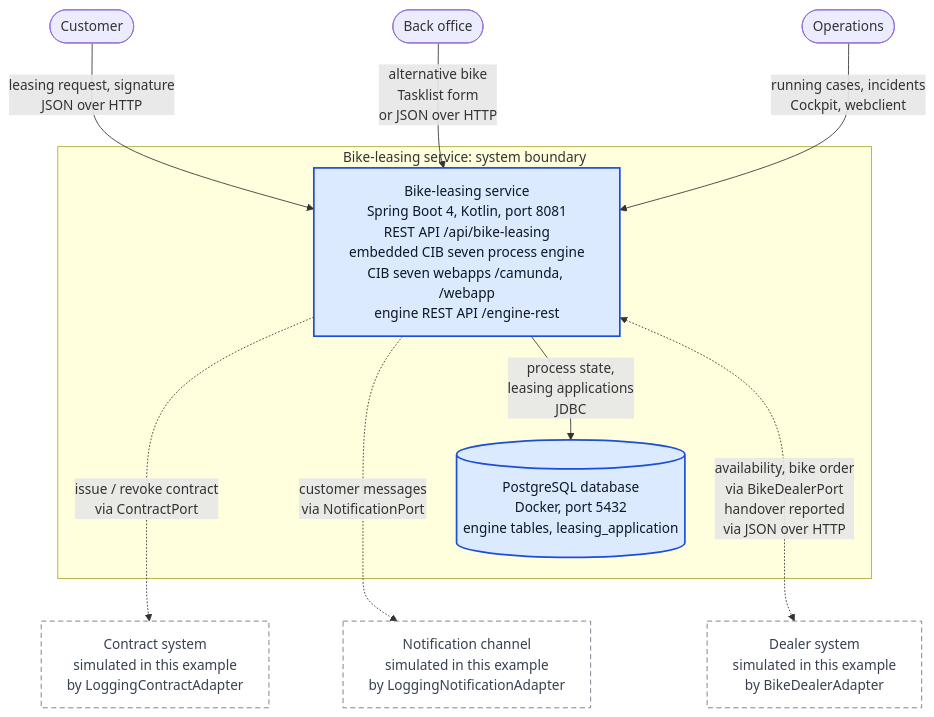
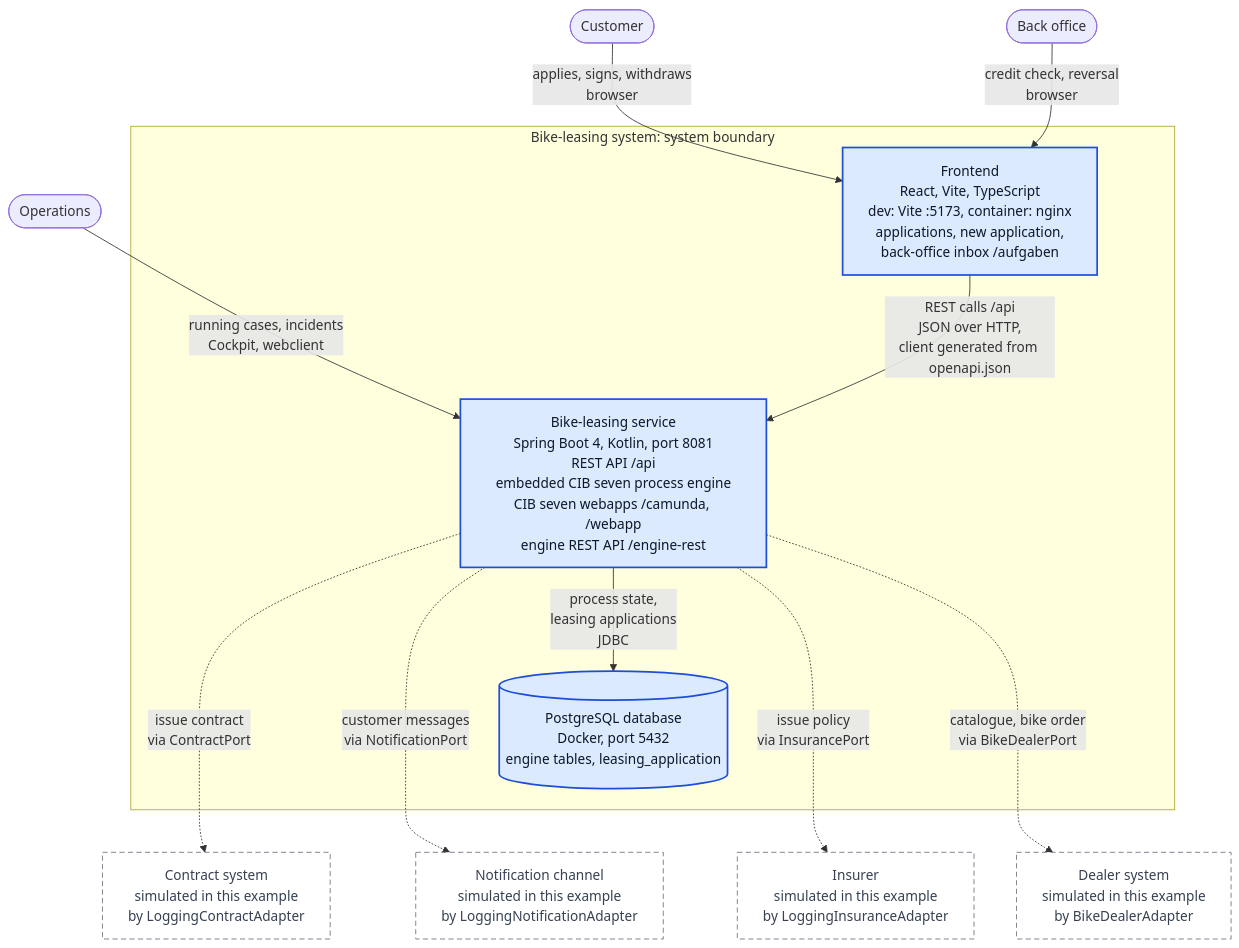
One commit to Miragon/miragon-ai-example changed the first of 2 diagrams in docs/architecture/c4-container.md. Above: the diagram before and after it, drawn with Mermaid. The commit also changed other lines of this file and 453 other files, not shown here.

Commit message:
feat!: rebuild the example on the simplified process with a frontend (#22)

````diff
--- a/docs/architecture/c4-container.md
+++ b/docs/architecture/c4-container.md
@@ -15,32 +22,37 @@
 ```mermaid
 %%{init: {"flowchart": {"wrappingWidth": 300}}}%%
 flowchart TB
   customer(["Customer"])
   backOffice(["Back office"])
   operations(["Operations"])
 
-  subgraph boundary["Bike-leasing service: system boundary"]
-    service["Bike-leasing service<br/>Spring Boot 4, Kotlin, port 8081<br/>REST API /api/bike-leasing<br/>embedded CIB seven process engine<br/>CIB seven webapps /camunda, /webapp<br/>engine REST API /engine-rest"]
+  subgraph boundary["Bike-leasing system: system boundary"]
+    frontend["Frontend<br/>React, Vite, TypeScript<br/>dev: Vite :5173, container: nginx<br/>applications, new application,<br/>back-office inbox /aufgaben"]
+    service["Bike-leasing service<br/>Spring Boot 4, Kotlin, port 8081<br/>REST API /api<br/>embedded CIB seven process engine<br/>CIB seven webapps /camunda, /webapp<br/>engine REST API /engine-rest"]
     database[("PostgreSQL database<br/>Docker, port 5432<br/>engine tables, leasing_application")]
   end
 
   contract["Contract system<br/>simulated in this example<br/>by LoggingContractAdapter"]
   notification["Notification channel<br/>simulated in this example<br/>by LoggingNotificationAdapter"]
+  insurer["Insurer<br/>simulated in this example<br/>by LoggingInsuranceAdapter"]
   dealer["Dealer system<br/>simulated in this example<br/>by BikeDealerAdapter"]
 
-  customer -->|"leasing request, signature<br/>JSON over HTTP"| service
-  backOffice -->|"alternative bike<br/>Tasklist form<br/>or JSON over HTTP"| service
+  customer -->|"applies, signs, withdraws<br/>browser"| frontend
+  backOffice -->|"credit check, reversal<br/>browser"| frontend
   operations -->|"running cases, incidents<br/>Cockpit, webclient"| service
+  frontend -->|"REST calls /api<br/>JSON over HTTP,<br/>client generated from openapi.json"| service
   service -->|"process state,<br/>leasing applications<br/>JDBC"| database
-  service -.->|"issue / revoke contract<br/>via ContractPort"| contract
+  service -.->|"issue contract<br/>via ContractPort"| contract
   service -.->|"customer messages<br/>via NotificationPort"| notification
-  service <-.->|"availability, bike order<br/>via BikeDealerPort<br/>handover reported<br/>via JSON over HTTP"| dealer
+  service -.->|"issue policy<br/>via InsurancePort"| insurer
+  service -.->|"catalogue, bike order<br/>via BikeDealerPort"| dealer
   database ~~~ contract
   database ~~~ notification
+  database ~~~ insurer
   database ~~~ dealer
 
   classDef focus fill:#dbeafe,stroke:#1d4ed8,stroke-width:2px,color:#0f172a
   classDef simulated fill:#ffffff,stroke:#6b7280,stroke-dasharray:6 4,color:#374151
-  class service,database focus
-  class contract,notification,dealer simulated
+  class frontend,service,database focus
+  class contract,notification,insurer,dealer simulated
 ```
````
